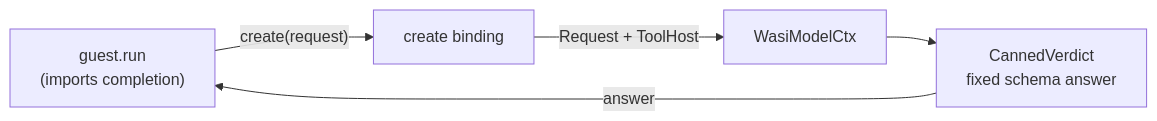
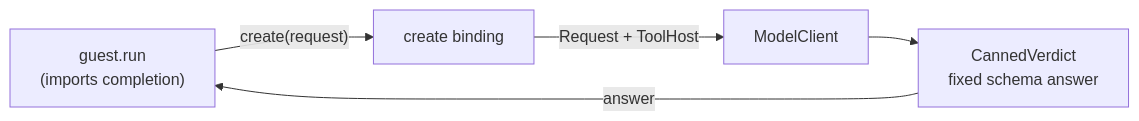
One commit to augentic/omnia changed the diagram in examples/model/README.md. Above: the diagram before and after it, drawn with Mermaid. The commit also changed other lines of this file and 430 other files, not shown here.

````diff
--- a/examples/model/README.md
+++ b/examples/model/README.md
@@ -11,7 +11,7 @@
 ```mermaid
 flowchart LR
   guest["guest.run<br/>(imports completion)"] -->|"create(request)"| bind["create binding"]
-  bind -->|"Request + ToolHost"| ctx["WasiModelCtx"]
+  bind -->|"Request + ToolHost"| ctx["ModelClient"]
   ctx --> canned["CannedVerdict<br/>fixed schema answer"]
   canned -->|"answer"| guest
 ```
````
